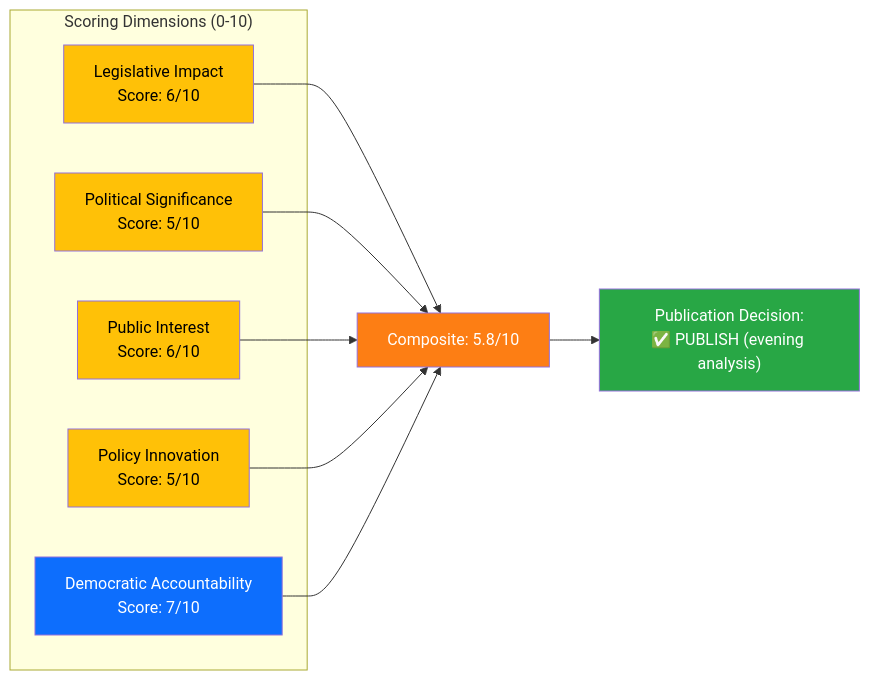
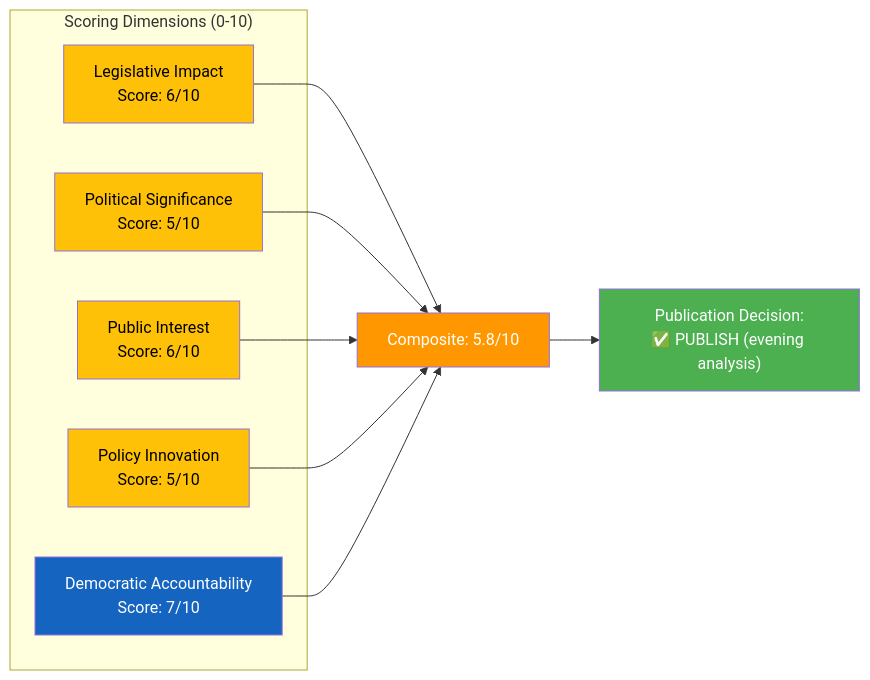
One commit to Hack23/riksdagsmonitor changed the diagram in analysis/daily/2026-04-08/evening-analysis-2/significance-scoring.md. Above: the diagram before and after it, drawn with Mermaid. The commit also changed 785 other files, not shown here.

First line of the commit message:
Normalize mermaid colors across 786 analysis artifacts to ISMS Style Guide palette

````diff
--- a/analysis/daily/2026-04-08/evening-analysis-2/significance-scoring.md
+++ b/analysis/daily/2026-04-08/evening-analysis-2/significance-scoring.md
@@ -13,25 +13,25 @@
 ```mermaid
 graph LR
     subgraph "Scoring Dimensions (0-10)"
         D1["Legislative Impact<br/>Score: 6/10"]
         D2["Political Significance<br/>Score: 5/10"]
         D3["Public Interest<br/>Score: 6/10"]
         D4["Policy Innovation<br/>Score: 5/10"]
         D5["Democratic Accountability<br/>Score: 7/10"]
     end
 
     D1 --> CS["Composite: 5.8/10"]
     D2 --> CS
     D3 --> CS
     D4 --> CS
     D5 --> CS
     CS --> PD["Publication Decision:<br/>✅ PUBLISH (evening analysis)"]
 
-    style D1 fill:#ffc107,color:#000
-    style D2 fill:#ffc107,color:#000
-    style D3 fill:#ffc107,color:#000
-    style D4 fill:#ffc107,color:#000
-    style D5 fill:#0d6efd,color:#fff
-    style CS fill:#fd7e14,color:#fff
-    style PD fill:#28a745,color:#fff
+    style D1 fill:#FFC107,color:#000000
+    style D2 fill:#FFC107,color:#000000
+    style D3 fill:#FFC107,color:#000000
+    style D4 fill:#FFC107,color:#000000
+    style D5 fill:#1565C0,color:#FFFFFF
+    style CS fill:#FF9800,color:#FFFFFF
+    style PD fill:#4CAF50,color:#FFFFFF
 ```
````
